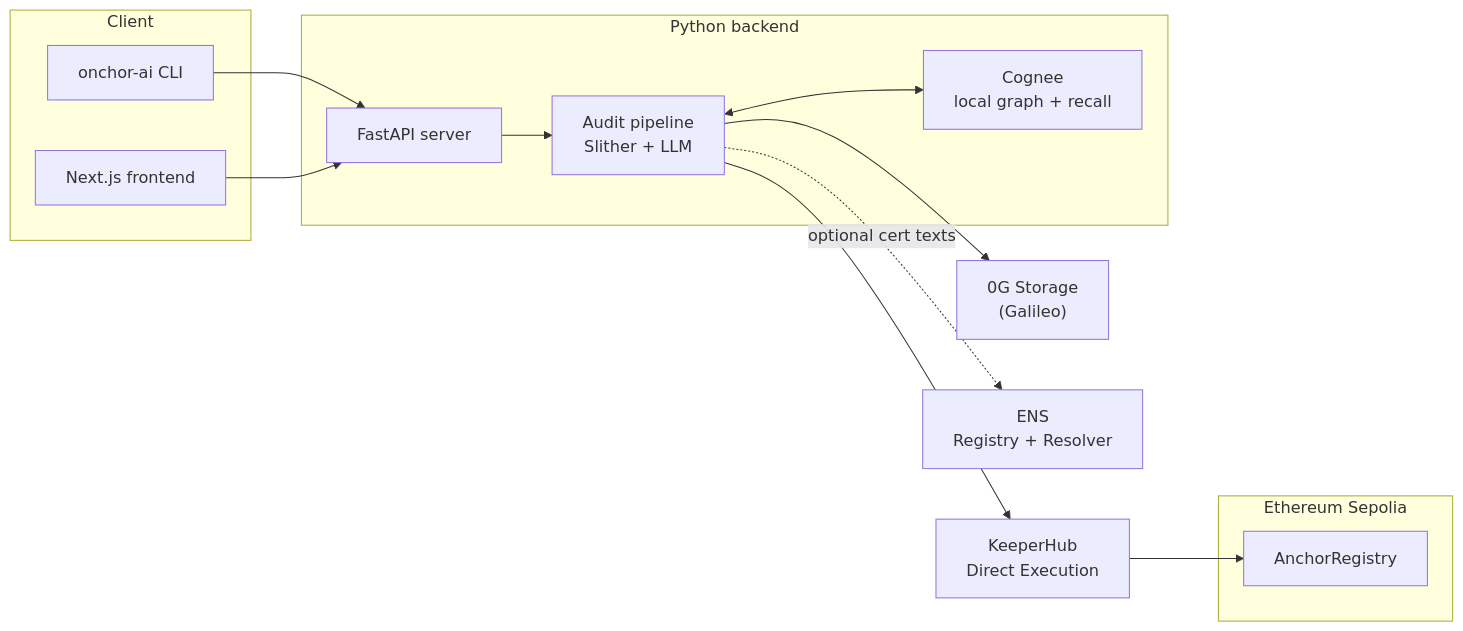
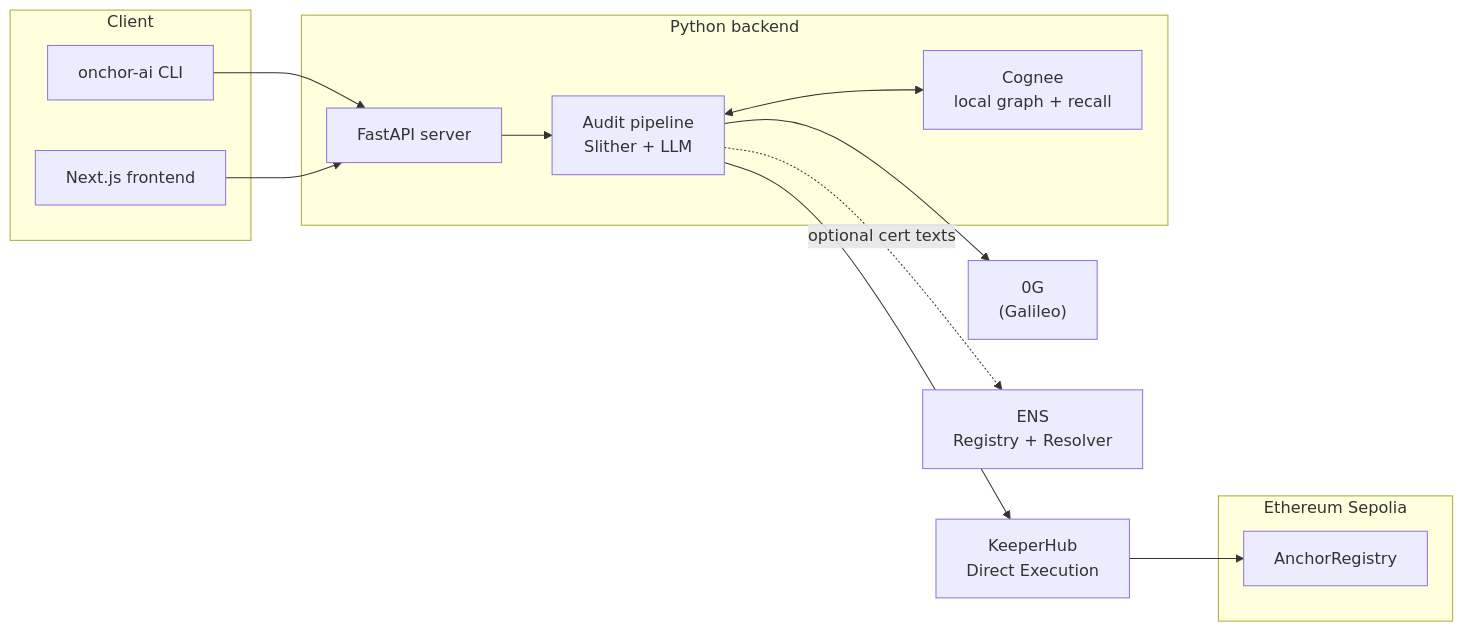
Before and after one commit to Mariussgal/OPEN-AGENTS-2026: the diagram in README.md, drawn with Mermaid. The commit also changed other lines of this file, not shown here.

````diff
--- a/README.md
+++ b/README.md
@@ -53,30 +52,30 @@
 ```mermaid
 flowchart LR
     subgraph Client
         CLI["onchor-ai CLI"]
         FE["Next.js frontend"]
     end
 
     subgraph Backend["Python backend"]
         API["FastAPI server"]
         Pipe["Audit pipeline\nSlither + LLM"]
         Cognee["Cognee\nlocal graph + recall"]
     end
 
     subgraph Chain["Ethereum Sepolia"]
         AR["AnchorRegistry"]
     end
 
-    G["0G Storage\n(Galileo)"]
+    G["0G\n(Galileo)"]
     KH["KeeperHub\nDirect Execution"]
     ENSn["ENS\nRegistry + Resolver"]
 
     CLI --> API
     FE --> API
     API --> Pipe
     Pipe <--> Cognee
     Pipe --> G
     Pipe --> KH
     KH --> AR
     Pipe -.->|"optional cert texts"| ENSn
 ```
````
